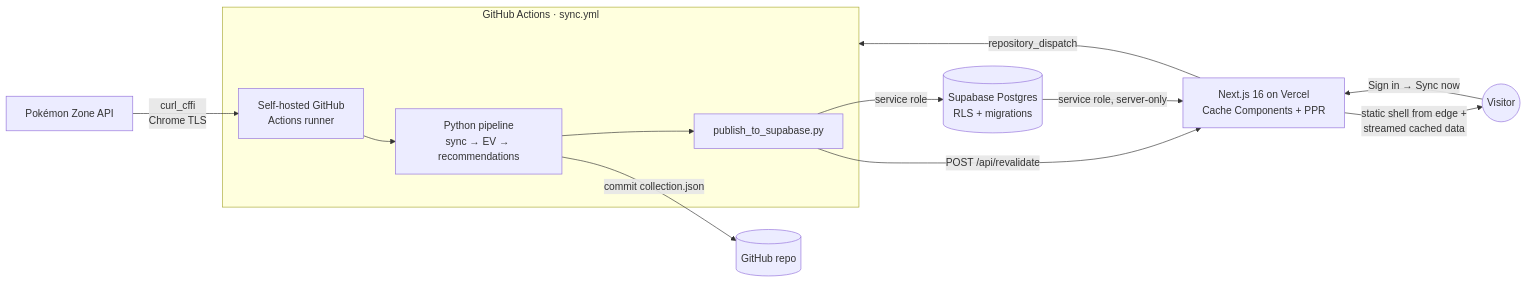
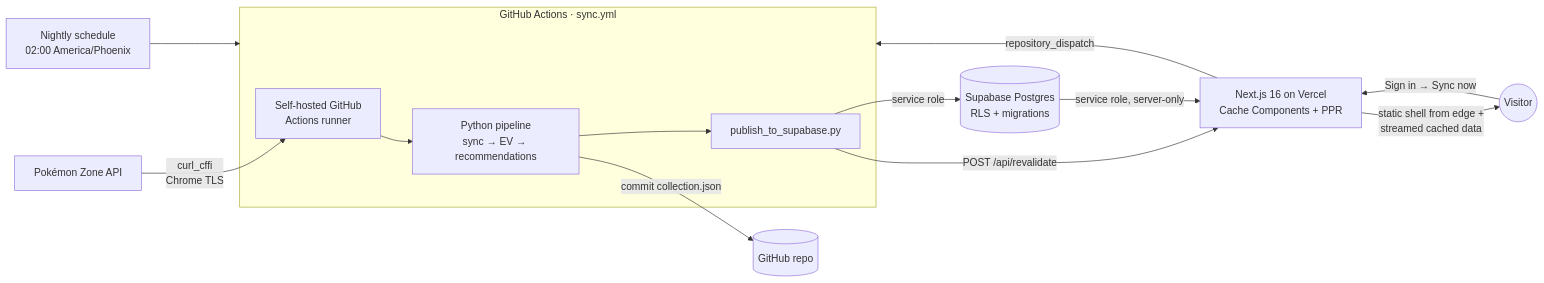
The diagram in README.md (jackpendley/Pokemon-TCGP-DB), drawn with Mermaid before and after one commit. The commit also changed other lines of this file, not shown here.

First line of the commit message:
docs: bring the architecture README up to date

````diff
--- a/README.md
+++ b/README.md
@@ -40,15 +46,16 @@
 ```mermaid
 flowchart LR
     PZ[Pokémon Zone API] -->|curl_cffi<br/>Chrome TLS| RUN[Self-hosted GitHub<br/>Actions runner]
     subgraph CI[GitHub Actions · sync.yml]
       RUN --> PIPE[Python pipeline<br/>sync → EV → recommendations]
       PIPE --> PUB[publish_to_supabase.py]
     end
     PUB -->|service role| DB[(Supabase Postgres<br/>RLS + migrations)]
     PUB -->|POST /api/revalidate| WEB
     PIPE -->|commit collection.json| REPO[(GitHub repo)]
     DB -->|service role, server-only| WEB[Next.js 16 on Vercel<br/>Cache Components + PPR]
     WEB -->|static shell from edge +<br/>streamed cached data| USER((Visitor))
     USER -->|Sign in → Sync now| WEB
     WEB -->|repository_dispatch| CI
+    CRON[Nightly schedule<br/>02:00 America/Phoenix] --> CI
 ```
````
